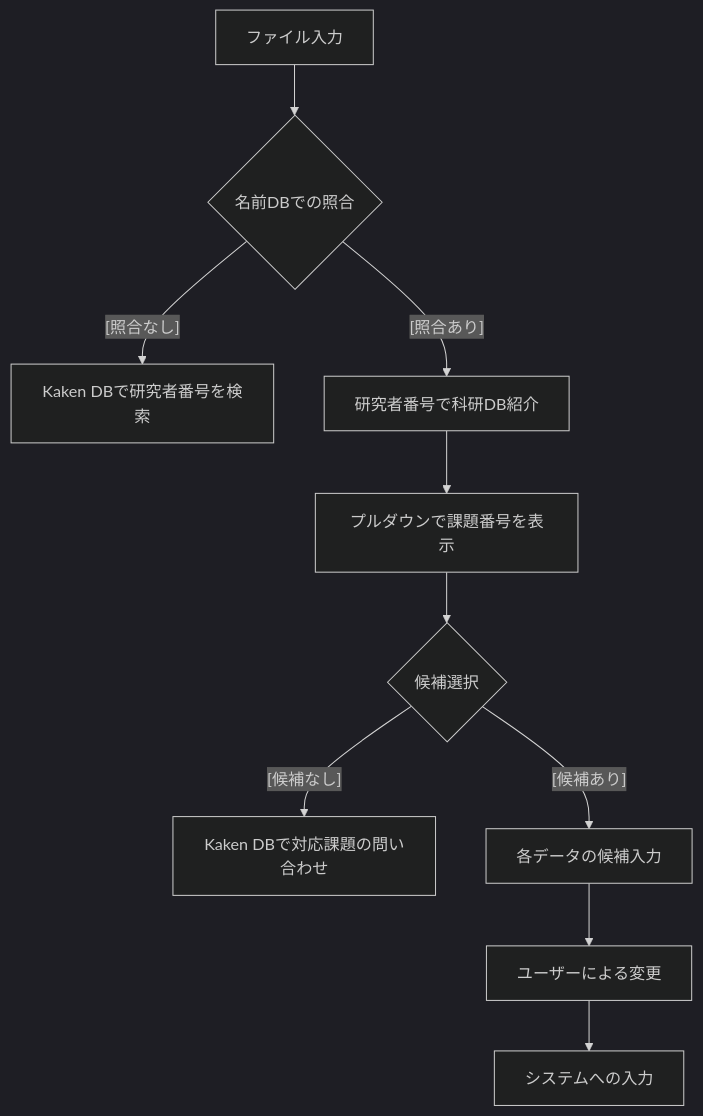
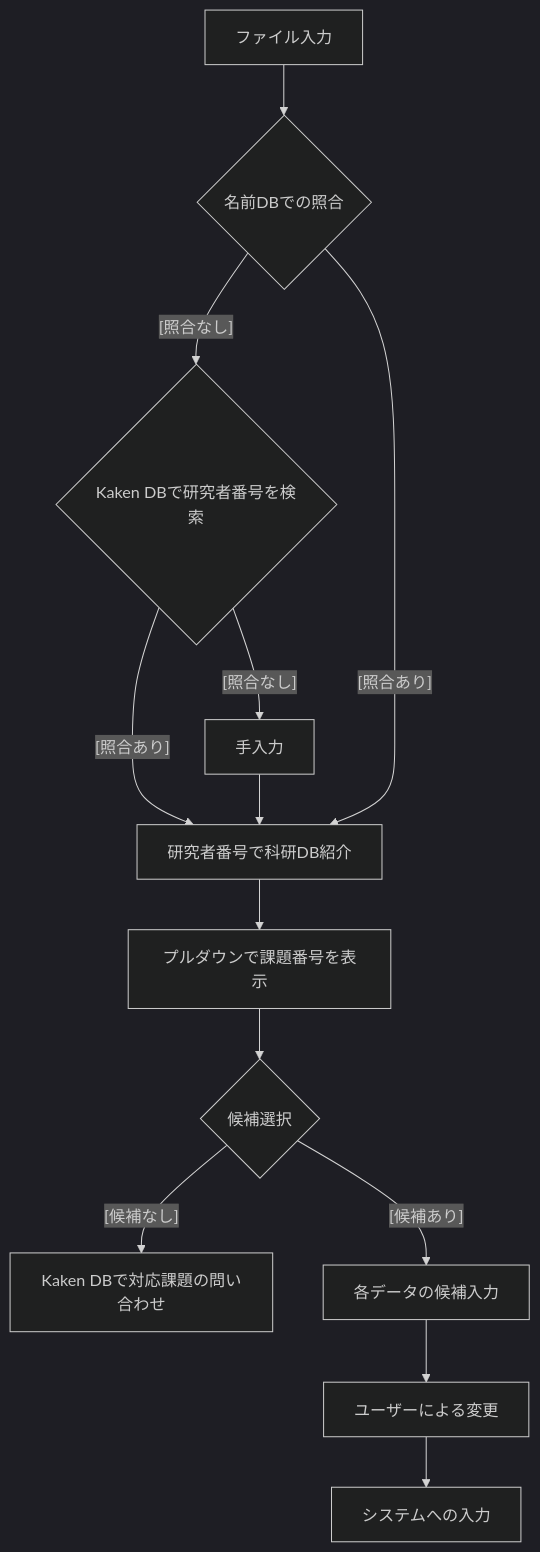
Before and after one commit to junta-m/Automated_Processing_of_Research_Supplies: the diagram in README.md, drawn with Mermaid (dark theme).

Commit message:
marmaid uptated

````diff
--- a/README.md
+++ b/README.md
@@ -16,20 +16,23 @@
 ```mermaid
 graph TD;
 	A[ファイル入力]
 	B{名前DBでの照合}
 	A-->B;
-	B--[照合なし]-->BB[Kaken DBで研究者番号を検索]
+	B--[照合なし]-->BB{Kaken DBで研究者番号を検索}
+	BB--[照合あり]--> C;
+	BB--[照合なし]--> BBB[手入力];
+	BBB-->C;
 	B--[照合あり]--> C;
 	C[研究者番号で科研DB紹介]
 	C --> D;
 	D[プルダウンで課題番号を表示]
 	D --> E;
 	E{候補選択};
 	E --[候補なし]--> EE[Kaken DBで対応課題の問い合わせ];
 	E --[候補あり]--> F;
 	F[各データの候補入力]
 	F --> G;
 	G[ユーザーによる変更]
 	G-->H;
 	H[システムへの入力]
 ```
````
